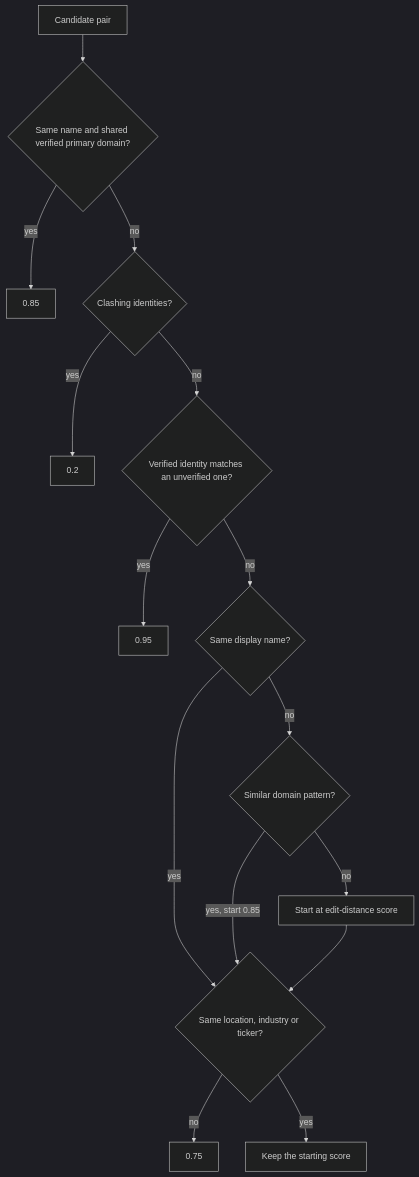
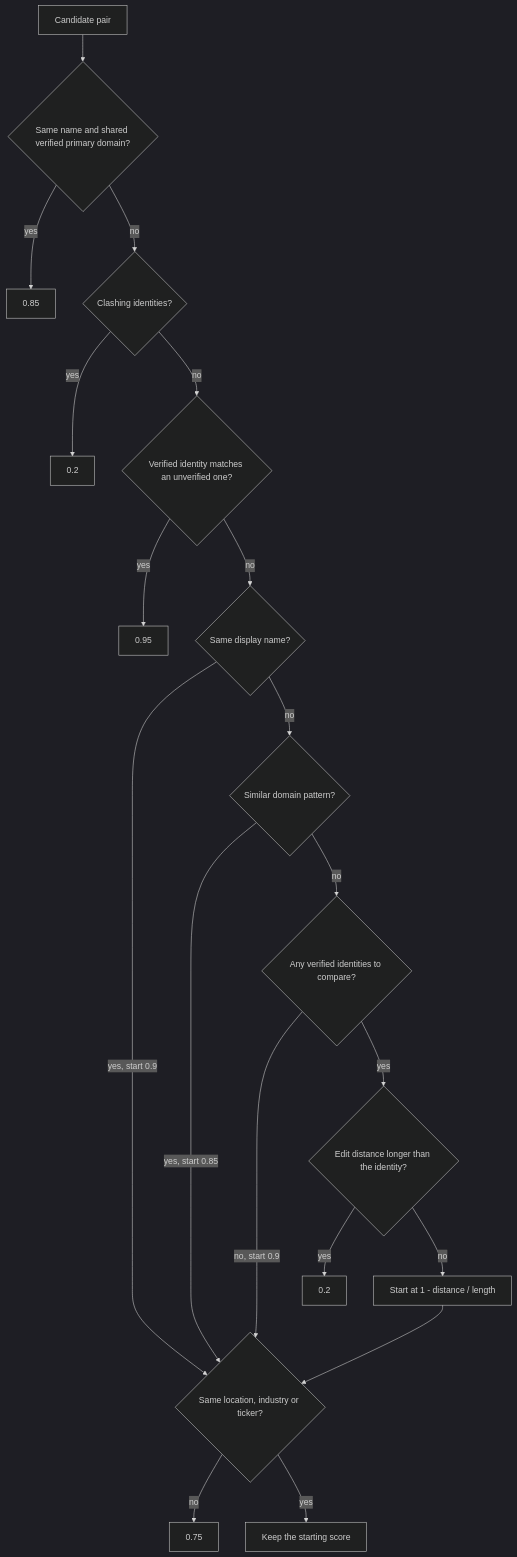
Before and after one commit to linuxfoundation/crowd.dev: the second of 2 diagrams in services/apps/merge_suggestions_worker/README.md, drawn with Mermaid (dark theme). The commit also changed other lines of this file, not shown here.

````diff
--- a/services/apps/merge_suggestions_worker/README.md
+++ b/services/apps/merge_suggestions_worker/README.md
@@ -50,17 +52,21 @@
 ```mermaid
 flowchart TD
     A[Candidate pair] --> B{"Same name and shared verified primary domain?"}
     B -->|yes| S85[0.85]
     B -->|no| C{"Clashing identities?"}
-    C -->|yes| L[0.2]
+    C -->|yes| L1[0.2]
     C -->|no| D{"Verified identity matches an unverified one?"}
     D -->|yes| S95[0.95]
     D -->|no| E{"Same display name?"}
-    E -->|yes| X
+    E -->|"yes, start 0.9"| X
     E -->|no| F{"Similar domain pattern?"}
     F -->|"yes, start 0.85"| X
-    F -->|no| G["Start at edit-distance score"]
+    F -->|no| V{"Any verified identities to compare?"}
+    V -->|"no, start 0.9"| X
+    V -->|yes| H{"Edit distance longer than the identity?"}
+    H -->|yes| L2[0.2]
+    H -->|no| G["Start at 1 - distance / length"]
     G --> X{"Same location, industry or ticker?"}
     X -->|no| M[0.75]
     X -->|yes| K[Keep the starting score]
 ```
````
